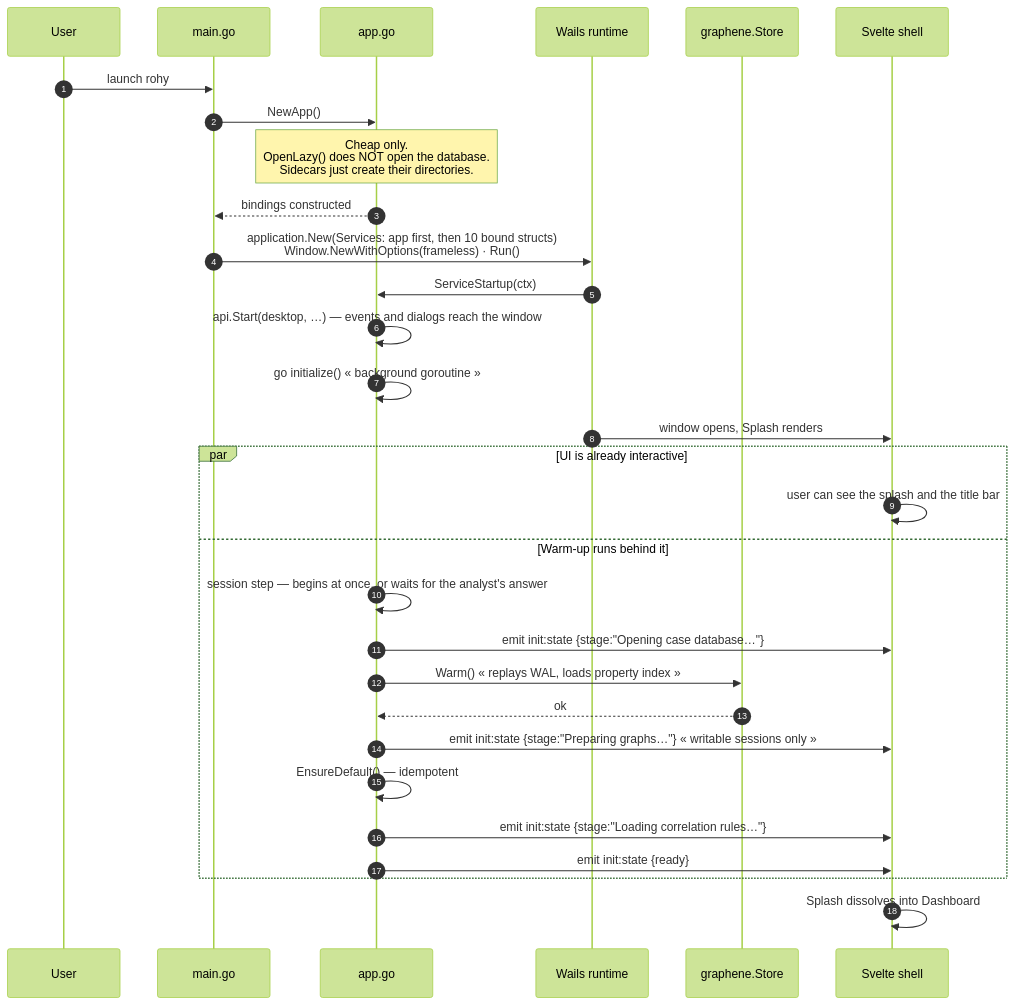
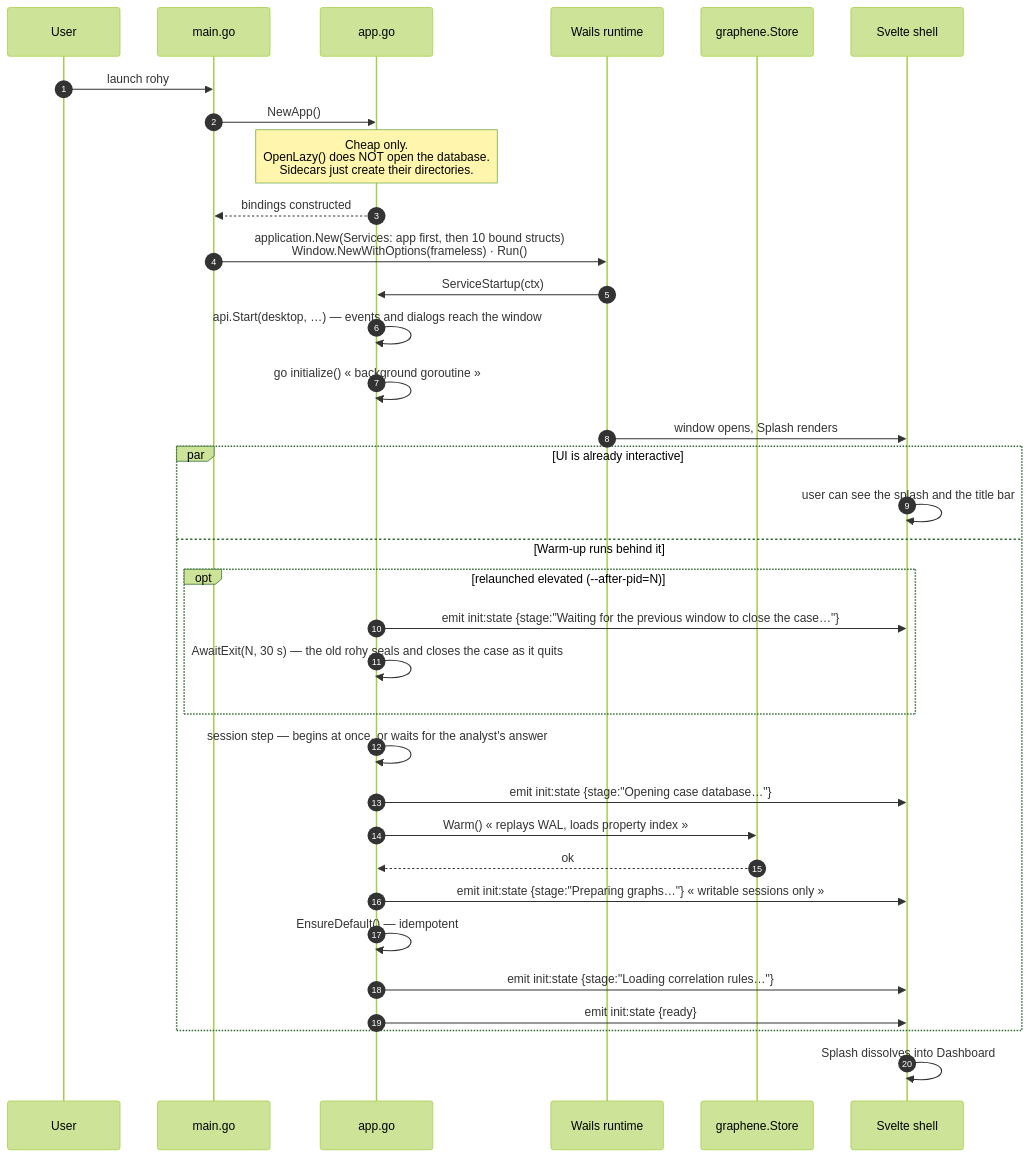
Before and after one commit to aoiflux/rohy: the third of 22 diagrams in LLD.md, drawn with Mermaid (forest theme). The commit also changed 10 other files, not shown here.

````diff
--- a/LLD.md
+++ b/LLD.md
@@ -271,35 +271,39 @@
 ```mermaid
 sequenceDiagram
     autonumber
     participant U as User
     participant M as main.go
     participant A as app.go
     participant W as Wails runtime
     participant S as graphene.Store
     participant UI as Svelte shell
 
     U->>M: launch rohy
     M->>A: NewApp()
     Note over A: Cheap only.<br/>OpenLazy() does NOT open the database.<br/>Sidecars just create their directories.
     A-->>M: bindings constructed
     M->>W: application.New(Services: app first, then 10 bound structs)<br/>Window.NewWithOptions(frameless) · Run()
     W->>A: ServiceStartup(ctx)
     A->>A: api.Start(desktop, …) — events and dialogs reach the window
     A->>A: go initialize()   « background goroutine »
     W->>UI: window opens, Splash renders
 
     par UI is already interactive
         UI->>UI: user can see the splash and the title bar
     and Warm-up runs behind it
+        opt relaunched elevated (--after-pid=N)
+            A->>UI: emit init:state {stage:"Waiting for the previous window to close the case…"}
+            A->>A: AwaitExit(N, 30 s) — the old rohy seals and closes the case as it quits
+        end
         A->>A: session step — begins at once, or waits for the analyst's answer
         A->>UI: emit init:state {stage:"Opening case database…"}
         A->>S: Warm()  « replays WAL, loads property index »
         S-->>A: ok
         A->>UI: emit init:state {stage:"Preparing graphs…"}  « writable sessions only »
         A->>A: EnsureDefault() — idempotent
         A->>UI: emit init:state {stage:"Loading correlation rules…"}
         A->>UI: emit init:state {ready}
     end
 
     UI->>UI: Splash dissolves into Dashboard
 ```
````
